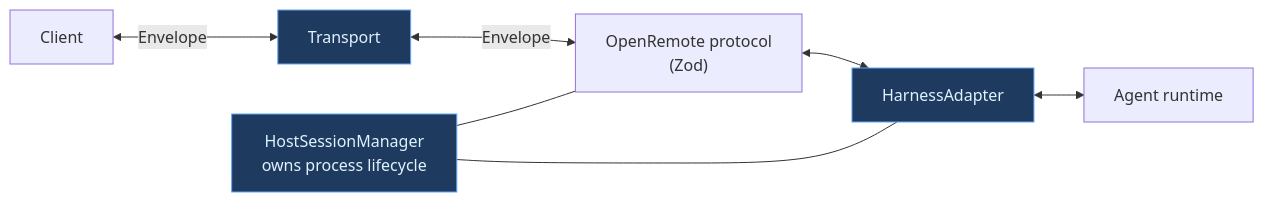
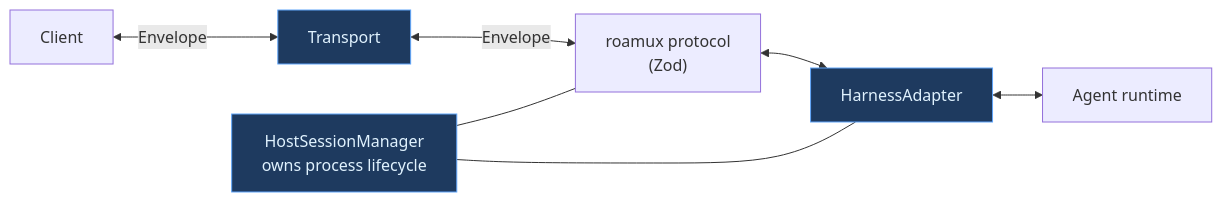
One commit to phyra-research/roamux changed the second of 7 diagrams in docs/beta-architecture.md. Above: the diagram before and after it, drawn with Mermaid. The commit also changed other lines of this file and 7 other files, not shown here.

````diff
--- a/docs/beta-architecture.md
+++ b/docs/beta-architecture.md
@@ -102,12 +102,12 @@
 ```mermaid
 flowchart LR
   C["Client"] <-->|Envelope| TR["Transport"]
-  TR <-->|Envelope| PROTO["OpenRemote protocol<br/>(Zod)"]
+  TR <-->|Envelope| PROTO["roamux protocol<br/>(Zod)"]
   PROTO <--> HA["HarnessAdapter"]
   HA <--> RT["Agent runtime"]
   HSM["HostSessionManager<br/>owns process lifecycle"] --- PROTO
   HSM --- HA
 
   classDef seam fill:#1e3a5f,stroke:#60a5fa,color:#e0f2fe
   class TR,HA,HSM seam
 ```
````
